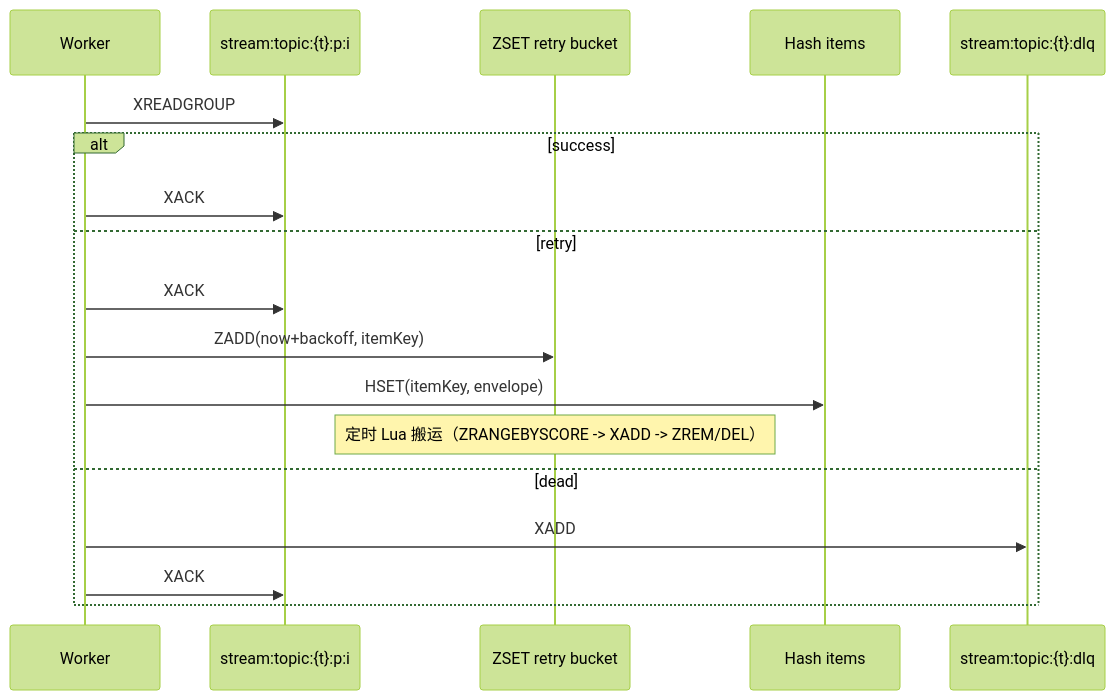
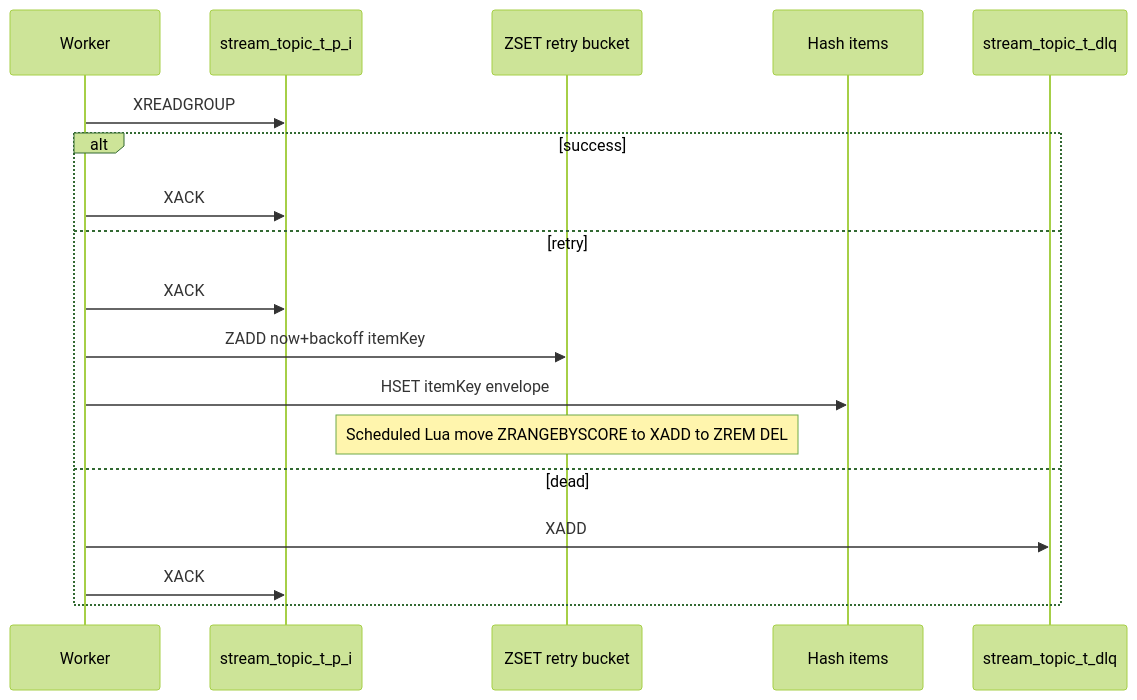
The second of 3 diagrams in docs/MQ-Broker-Interaction.md (cuihairu/redis-streaming), drawn with Mermaid (forest theme) before and after one commit. The commit also changed other lines of this file and 2 other files, not shown here.

First line of the commit message:
fix: fix mermaid syntax for compatibility with v11.12.2

````diff
--- a/docs/MQ-Broker-Interaction.md
+++ b/docs/MQ-Broker-Interaction.md
@@ -41,20 +41,20 @@
 ```mermaid
 sequenceDiagram
   participant W as Worker
-  participant S as stream:topic:{t}:p:i
+  participant S as stream_topic_t_p_i
   participant RB as ZSET retry bucket
   participant RH as Hash items
-  participant DL as stream:topic:{t}:dlq
+  participant DL as stream_topic_t_dlq
   W->>S: XREADGROUP
   alt success
     W->>S: XACK
   else retry
     W->>S: XACK
-    W->>RB: ZADD(now+backoff, itemKey)
-    W->>RH: HSET(itemKey, envelope)
-    Note over RB: 定时 Lua 搬运（ZRANGEBYSCORE -> XADD -> ZREM/DEL）
+    W->>RB: ZADD now+backoff itemKey
+    W->>RH: HSET itemKey envelope
+    Note over RB: Scheduled Lua move ZRANGEBYSCORE to XADD to ZREM DEL
   else dead
     W->>DL: XADD
     W->>S: XACK
   end
 ```
````
